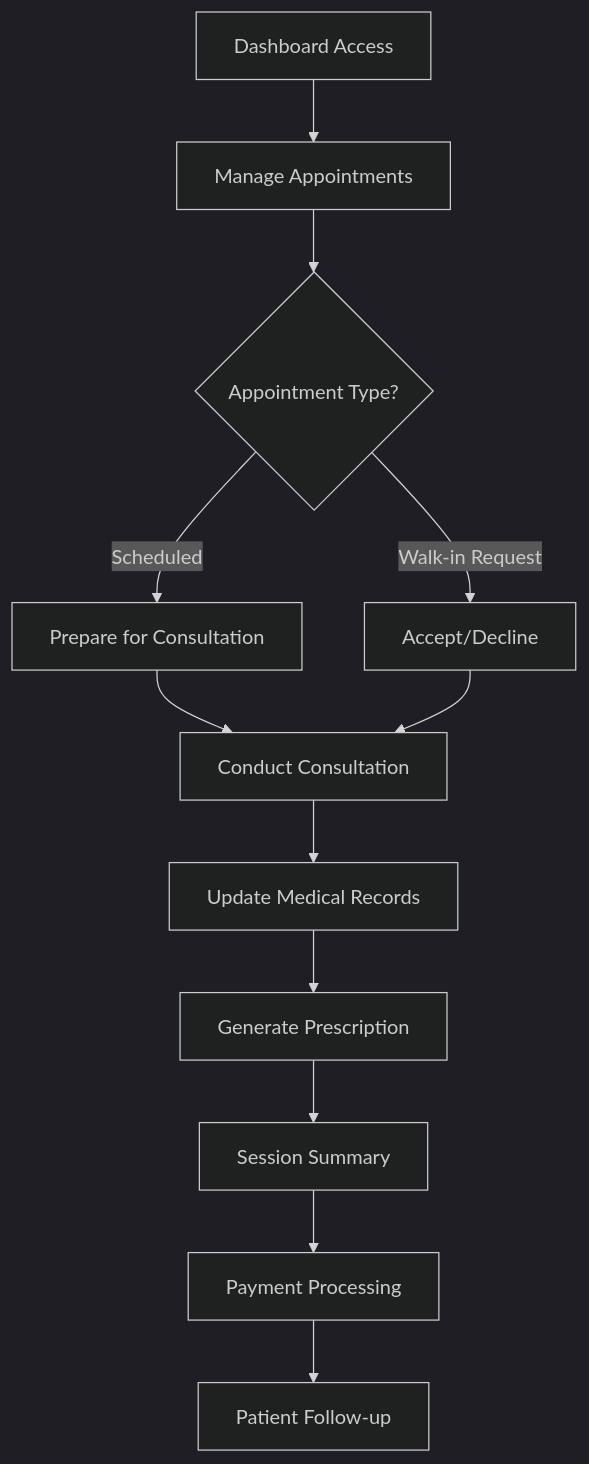
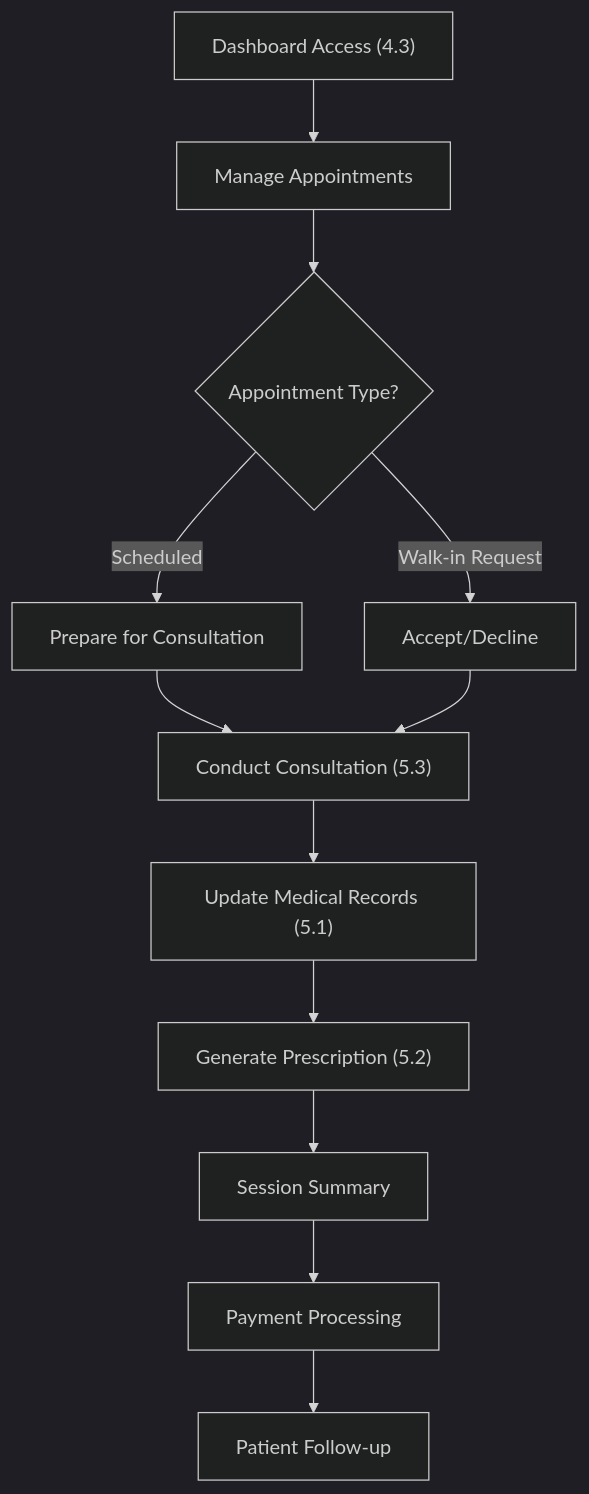
Before and after one commit to noumanjavaid96/Mediverse: the third of 6 diagrams in Document Presented.md, drawn with Mermaid (dark theme). The commit also changed other lines of this file, not shown here.

````diff
--- a/Document Presented.md
+++ b/Document Presented.md
@@ -156,14 +156,14 @@
 ```mermaid
 flowchart TD
-    A[Dashboard Access] --> B[Manage Appointments]
+    A["Dashboard Access (4.3)"] --> B[Manage Appointments]
     B --> C{Appointment Type?}
     C -->|Scheduled| D[Prepare for Consultation]
     C -->|Walk-in Request| E[Accept/Decline]
-    D --> F[Conduct Consultation]
+    D --> F["Conduct Consultation (5.3)"]
     E --> F
-    F --> G[Update Medical Records]
-    G --> H[Generate Prescription]
+    F --> G["Update Medical Records (5.1)"]
+    G --> H["Generate Prescription (5.2)"]
     H --> I[Session Summary]
     I --> J[Payment Processing]
     J --> K[Patient Follow-up]
 ```
````
